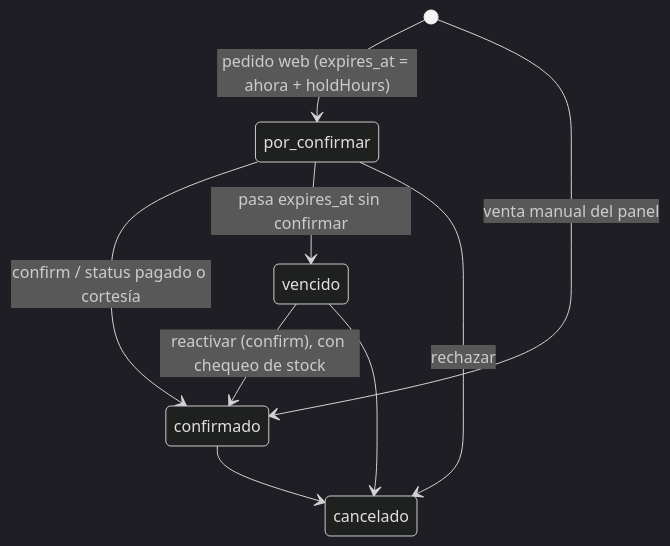
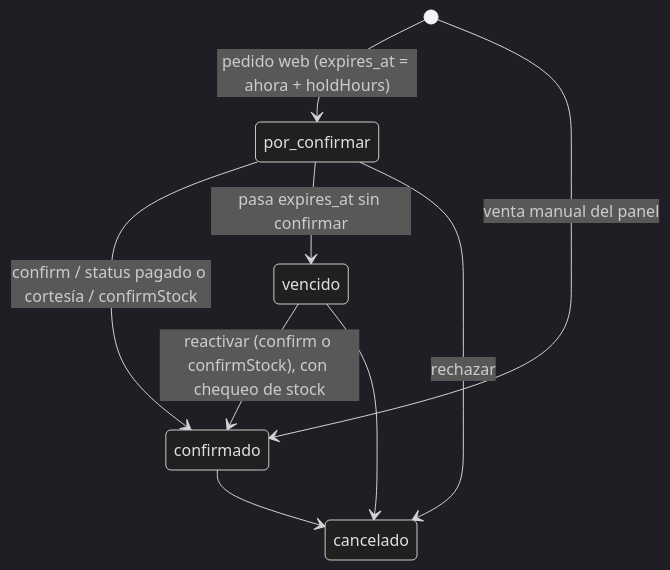
Before and after one commit to anthonyArellano1923/webpack-onotoYSazon: the diagram in docs/adr/ADR-4-pedidos-por-confirmar.md, drawn with Mermaid (dark theme). The commit also changed other lines of this file and 2 other files, not shown here.

Commit message:
fix(backend): confirmStock confirma el encargo para que su reserva no venza (PLAN-11)
Un encargo web vencido quedaba «concretado» sin reservar stock. Se añade el test T11e.

````diff
--- a/docs/adr/ADR-4-pedidos-por-confirmar.md
+++ b/docs/adr/ADR-4-pedidos-por-confirmar.md
@@ -56,11 +56,11 @@
 ```mermaid
 stateDiagram-v2
     [*] --> por_confirmar: pedido web (expires_at = ahora + holdHours)
     [*] --> confirmado: venta manual del panel
-    por_confirmar --> confirmado: confirm / status pagado o cortesía
+    por_confirmar --> confirmado: confirm / status pagado o cortesía / confirmStock
     por_confirmar --> vencido: pasa expires_at sin confirmar
-    vencido --> confirmado: reactivar (confirm), con chequeo de stock
+    vencido --> confirmado: reactivar (confirm o confirmStock), con chequeo de stock
     por_confirmar --> cancelado: rechazar
     vencido --> cancelado
     confirmado --> cancelado
 ```
````
